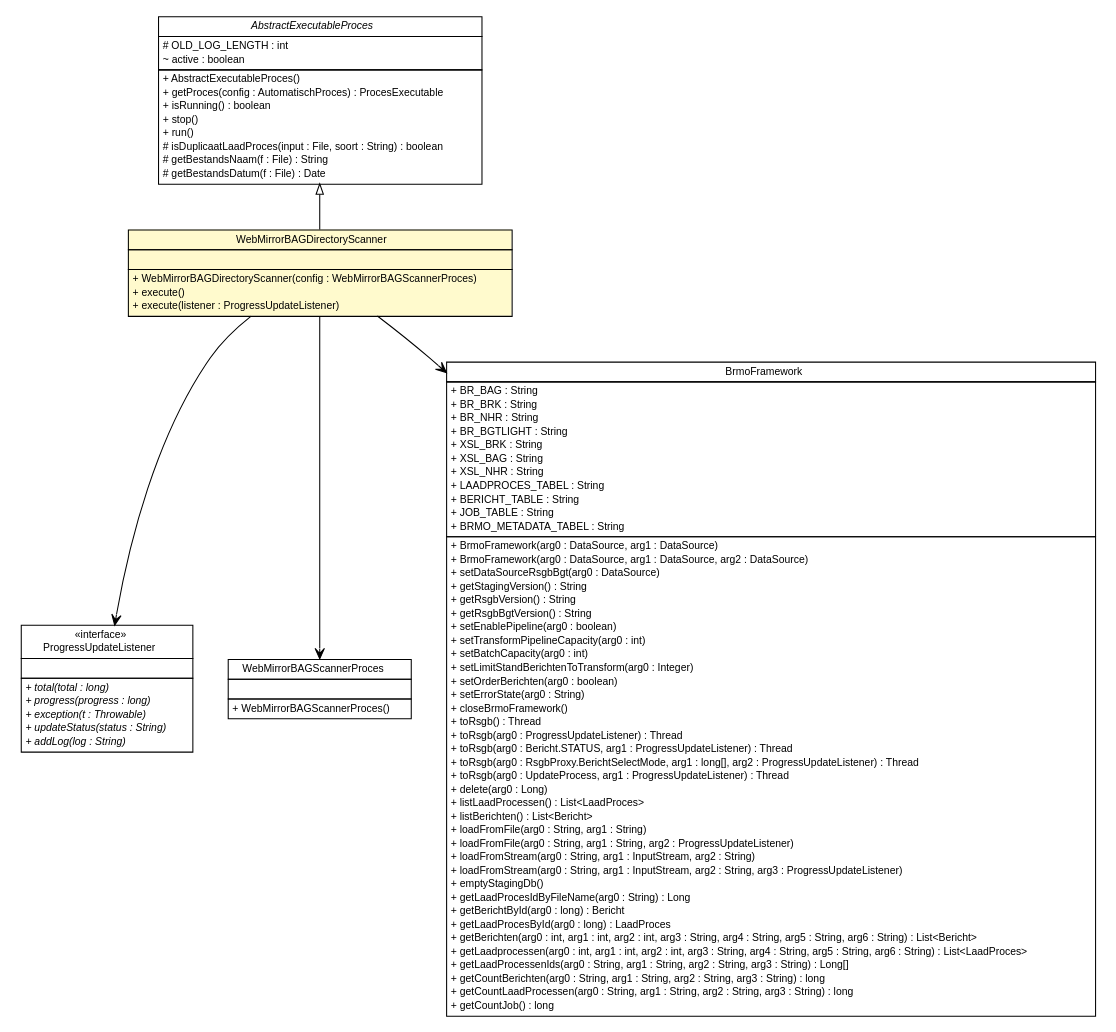
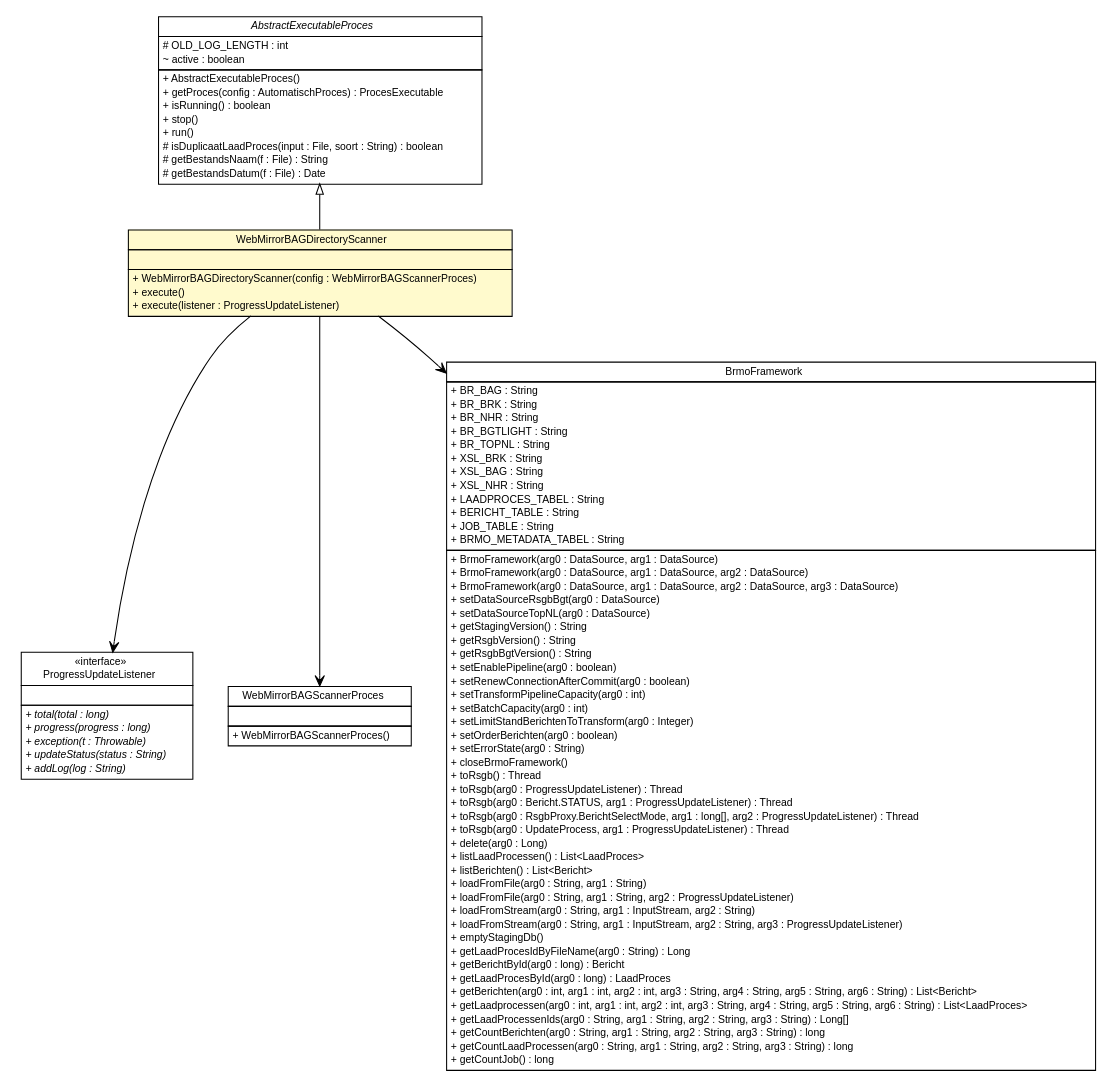
One commit to B3Partners/brmo changed the diagram in brmo-service/apidocs/nl/b3p/brmo/service/scanner/WebMirrorBAGDirectoryScanner.dot. Above: the diagram before and after it, drawn with Graphviz. The commit also changed 296 other files, not shown here.

```diff
--- a/brmo-service/apidocs/nl/b3p/brmo/service/scanner/WebMirrorBAGDirectoryScanner.dot
+++ b/brmo-service/apidocs/nl/b3p/brmo/service/scanner/WebMirrorBAGDirectoryScanner.dot
@@ -1,139 +1,143 @@
 #!/usr/local/bin/dot
 #
 # Class diagram 
 # Generated by UMLGraph version R5_6-24-gf6e263 (http://www.umlgraph.org/)
 #
 
 digraph G {
 	edge [fontname="Helvetica",fontsize=10,labelfontname="Helvetica",labelfontsize=10];
 	node [fontname="Helvetica",fontsize=10,shape=plaintext];
 	nodesep=0.25;
 	ranksep=0.5;
 	// nl.b3p.brmo.service.scanner.AbstractExecutableProces
-	c2292 [label=<<table title="nl.b3p.brmo.service.scanner.AbstractExecutableProces" border="0" cellborder="1" cellspacing="0" cellpadding="2" port="p" href="./AbstractExecutableProces.html">
+	c2388 [label=<<table title="nl.b3p.brmo.service.scanner.AbstractExecutableProces" border="0" cellborder="1" cellspacing="0" cellpadding="2" port="p" href="./AbstractExecutableProces.html">
 		<tr><td><table border="0" cellspacing="0" cellpadding="1">
 <tr><td align="center" balign="center"><font face="Helvetica-Oblique"> AbstractExecutableProces </font></td></tr>
 		</table></td></tr>
 		<tr><td><table border="0" cellspacing="0" cellpadding="1">
 <tr><td align="left" balign="left"> # OLD_LOG_LENGTH : int </td></tr>
 <tr><td align="left" balign="left"> ~ active : boolean </td></tr>
 		</table></td></tr>
 		<tr><td><table border="0" cellspacing="0" cellpadding="1">
 <tr><td align="left" balign="left"> + AbstractExecutableProces() </td></tr>
 <tr><td align="left" balign="left"> + getProces(config : AutomatischProces) : ProcesExecutable </td></tr>
 <tr><td align="left" balign="left"> + isRunning() : boolean </td></tr>
 <tr><td align="left" balign="left"> + stop() </td></tr>
 <tr><td align="left" balign="left"> + run() </td></tr>
 <tr><td align="left" balign="left"> # isDuplicaatLaadProces(input : File, soort : String) : boolean </td></tr>
 <tr><td align="left" balign="left"> # getBestandsNaam(f : File) : String </td></tr>
 <tr><td align="left" balign="left"> # getBestandsDatum(f : File) : Date </td></tr>
 		</table></td></tr>
 		</table>>, URL="./AbstractExecutableProces.html", fontname="Helvetica", fontcolor="black", fontsize=10.0];
-	// nl.b3p.brmo.service.scanner.WebMirrorBAGDirectoryScanner
-	c2295 [label=<<table title="nl.b3p.brmo.service.scanner.WebMirrorBAGDirectoryScanner" border="0" cellborder="1" cellspacing="0" cellpadding="2" port="p" bgcolor="lemonChiffon" href="./WebMirrorBAGDirectoryScanner.html">
-		<tr><td><table border="0" cellspacing="0" cellpadding="1">
-<tr><td align="center" balign="center"> WebMirrorBAGDirectoryScanner </td></tr>
-		</table></td></tr>
-		<tr><td><table border="0" cellspacing="0" cellpadding="1">
-<tr><td align="left" balign="left">  </td></tr>
-		</table></td></tr>
-		<tr><td><table border="0" cellspacing="0" cellpadding="1">
-<tr><td align="left" balign="left"> + WebMirrorBAGDirectoryScanner(config : WebMirrorBAGScannerProces) </td></tr>
-<tr><td align="left" balign="left"> + execute() </td></tr>
-<tr><td align="left" balign="left"> + execute(listener : ProgressUpdateListener) </td></tr>
-		</table></td></tr>
-		</table>>, URL="./WebMirrorBAGDirectoryScanner.html", fontname="Helvetica", fontcolor="black", fontsize=10.0];
 	// nl.b3p.brmo.service.scanner.ProgressUpdateListener
-	c2297 [label=<<table title="nl.b3p.brmo.service.scanner.ProgressUpdateListener" border="0" cellborder="1" cellspacing="0" cellpadding="2" port="p" href="./ProgressUpdateListener.html">
+	c2390 [label=<<table title="nl.b3p.brmo.service.scanner.ProgressUpdateListener" border="0" cellborder="1" cellspacing="0" cellpadding="2" port="p" href="./ProgressUpdateListener.html">
 		<tr><td><table border="0" cellspacing="0" cellpadding="1">
 <tr><td align="center" balign="center"> &#171;interface&#187; </td></tr>
 <tr><td align="center" balign="center"> ProgressUpdateListener </td></tr>
 		</table></td></tr>
 		<tr><td><table border="0" cellspacing="0" cellpadding="1">
 <tr><td align="left" balign="left">  </td></tr>
 		</table></td></tr>
 		<tr><td><table border="0" cellspacing="0" cellpadding="1">
 <tr><td align="left" balign="left"><font face="Helvetica-Oblique" point-size="10.0"> + total(total : long) </font></td></tr>
 <tr><td align="left" balign="left"><font face="Helvetica-Oblique" point-size="10.0"> + progress(progress : long) </font></td></tr>
 <tr><td align="left" balign="left"><font face="Helvetica-Oblique" point-size="10.0"> + exception(t : Throwable) </font></td></tr>
 <tr><td align="left" balign="left"><font face="Helvetica-Oblique" point-size="10.0"> + updateStatus(status : String) </font></td></tr>
 <tr><td align="left" balign="left"><font face="Helvetica-Oblique" point-size="10.0"> + addLog(log : String) </font></td></tr>
 		</table></td></tr>
 		</table>>, URL="./ProgressUpdateListener.html", fontname="Helvetica", fontcolor="black", fontsize=10.0];
+	// nl.b3p.brmo.service.scanner.WebMirrorBAGDirectoryScanner
+	c2401 [label=<<table title="nl.b3p.brmo.service.scanner.WebMirrorBAGDirectoryScanner" border="0" cellborder="1" cellspacing="0" cellpadding="2" port="p" bgcolor="lemonChiffon" href="./WebMirrorBAGDirectoryScanner.html">
+		<tr><td><table border="0" cellspacing="0" cellpadding="1">
+<tr><td align="center" balign="center"> WebMirrorBAGDirectoryScanner </td></tr>
+		</table></td></tr>
+		<tr><td><table border="0" cellspacing="0" cellpadding="1">
+<tr><td align="left" balign="left">  </td></tr>
+		</table></td></tr>
+		<tr><td><table border="0" cellspacing="0" cellpadding="1">
+<tr><td align="left" balign="left"> + WebMirrorBAGDirectoryScanner(config : WebMirrorBAGScannerProces) </td></tr>
+<tr><td align="left" balign="left"> + execute() </td></tr>
+<tr><td align="left" balign="left"> + execute(listener : ProgressUpdateListener) </td></tr>
+		</table></td></tr>
+		</table>>, URL="./WebMirrorBAGDirectoryScanner.html", fontname="Helvetica", fontcolor="black", fontsize=10.0];
 	//nl.b3p.brmo.service.scanner.WebMirrorBAGDirectoryScanner extends nl.b3p.brmo.service.scanner.AbstractExecutableProces
-	c2292:p -> c2295:p [dir=back,arrowtail=empty];
+	c2388:p -> c2401:p [dir=back,arrowtail=empty];
 	// nl.b3p.brmo.service.scanner.WebMirrorBAGDirectoryScanner NAVASSOC nl.b3p.brmo.persistence.staging.WebMirrorBAGScannerProces
-	c2295:p -> c2307:p [taillabel="", label="", headlabel="", fontname="Helvetica", fontcolor="black", fontsize=10.0, color="black", arrowhead=open];
+	c2401:p -> c2404:p [taillabel="", label="", headlabel="", fontname="Helvetica", fontcolor="black", fontsize=10.0, color="black", arrowhead=open];
 	// nl.b3p.brmo.service.scanner.WebMirrorBAGDirectoryScanner NAVASSOC nl.b3p.brmo.service.scanner.ProgressUpdateListener
-	c2295:p -> c2297:p [taillabel="", label="", headlabel="", fontname="Helvetica", fontcolor="black", fontsize=10.0, color="black", arrowhead=open];
+	c2401:p -> c2390:p [taillabel="", label="", headlabel="", fontname="Helvetica", fontcolor="black", fontsize=10.0, color="black", arrowhead=open];
 	// nl.b3p.brmo.service.scanner.WebMirrorBAGDirectoryScanner NAVASSOC nl.b3p.brmo.loader.BrmoFramework
-	c2295:p -> c2308:p [taillabel="", label="", headlabel="", fontname="Helvetica", fontcolor="black", fontsize=10.0, color="black", arrowhead=open];
+	c2401:p -> c2405:p [taillabel="", label="", headlabel="", fontname="Helvetica", fontcolor="black", fontsize=10.0, color="black", arrowhead=open];
 	// nl.b3p.brmo.persistence.staging.WebMirrorBAGScannerProces
-	c2307 [label=<<table title="nl.b3p.brmo.persistence.staging.WebMirrorBAGScannerProces" border="0" cellborder="1" cellspacing="0" cellpadding="2" port="p">
+	c2404 [label=<<table title="nl.b3p.brmo.persistence.staging.WebMirrorBAGScannerProces" border="0" cellborder="1" cellspacing="0" cellpadding="2" port="p">
 		<tr><td><table border="0" cellspacing="0" cellpadding="1">
 <tr><td align="center" balign="center"> WebMirrorBAGScannerProces </td></tr>
 		</table></td></tr>
 		<tr><td><table border="0" cellspacing="0" cellpadding="1">
 <tr><td align="left" balign="left">  </td></tr>
 		</table></td></tr>
 		<tr><td><table border="0" cellspacing="0" cellpadding="1">
 <tr><td align="left" balign="left"> + WebMirrorBAGScannerProces() </td></tr>
 		</table></td></tr>
 		</table>>, URL="null", fontname="Helvetica", fontcolor="black", fontsize=10.0];
 	// nl.b3p.brmo.loader.BrmoFramework
-	c2308 [label=<<table title="nl.b3p.brmo.loader.BrmoFramework" border="0" cellborder="1" cellspacing="0" cellpadding="2" port="p">
+	c2405 [label=<<table title="nl.b3p.brmo.loader.BrmoFramework" border="0" cellborder="1" cellspacing="0" cellpadding="2" port="p">
 		<tr><td><table border="0" cellspacing="0" cellpadding="1">
 <tr><td align="center" balign="center"> BrmoFramework </td></tr>
 		</table></td></tr>
 		<tr><td><table border="0" cellspacing="0" cellpadding="1">
 <tr><td align="left" balign="left"> + BR_BAG : String </td></tr>
 <tr><td align="left" balign="left"> + BR_BRK : String </td></tr>
 <tr><td align="left" balign="left"> + BR_NHR : String </td></tr>
 <tr><td align="left" balign="left"> + BR_BGTLIGHT : String </td></tr>
+<tr><td align="left" balign="left"> + BR_TOPNL : String </td></tr>
 <tr><td align="left" balign="left"> + XSL_BRK : String </td></tr>
 <tr><td align="left" balign="left"> + XSL_BAG : String </td></tr>
 <tr><td align="left" balign="left"> + XSL_NHR : String </td></tr>
 <tr><td align="left" balign="left"> + LAADPROCES_TABEL : String </td></tr>
 <tr><td align="left" balign="left"> + BERICHT_TABLE : String </td></tr>
 <tr><td align="left" balign="left"> + JOB_TABLE : String </td></tr>
 <tr><td align="left" balign="left"> + BRMO_METADATA_TABEL : String </td></tr>
 		</table></td></tr>
 		<tr><td><table border="0" cellspacing="0" cellpadding="1">
 <tr><td align="left" balign="left"> + BrmoFramework(arg0 : DataSource, arg1 : DataSource) </td></tr>
 <tr><td align="left" balign="left"> + BrmoFramework(arg0 : DataSource, arg1 : DataSource, arg2 : DataSource) </td></tr>
+<tr><td align="left" balign="left"> + BrmoFramework(arg0 : DataSource, arg1 : DataSource, arg2 : DataSource, arg3 : DataSource) </td></tr>
 <tr><td align="left" balign="left"> + setDataSourceRsgbBgt(arg0 : DataSource) </td></tr>
+<tr><td align="left" balign="left"> + setDataSourceTopNL(arg0 : DataSource) </td></tr>
 <tr><td align="left" balign="left"> + getStagingVersion() : String </td></tr>
 <tr><td align="left" balign="left"> + getRsgbVersion() : String </td></tr>
 <tr><td align="left" balign="left"> + getRsgbBgtVersion() : String </td></tr>
 <tr><td align="left" balign="left"> + setEnablePipeline(arg0 : boolean) </td></tr>
+<tr><td align="left" balign="left"> + setRenewConnectionAfterCommit(arg0 : boolean) </td></tr>
 <tr><td align="left" balign="left"> + setTransformPipelineCapacity(arg0 : int) </td></tr>
 <tr><td align="left" balign="left"> + setBatchCapacity(arg0 : int) </td></tr>
 <tr><td align="left" balign="left"> + setLimitStandBerichtenToTransform(arg0 : Integer) </td></tr>
 <tr><td align="left" balign="left"> + setOrderBerichten(arg0 : boolean) </td></tr>
 <tr><td align="left" balign="left"> + setErrorState(arg0 : String) </td></tr>
 <tr><td align="left" balign="left"> + closeBrmoFramework() </td></tr>
 <tr><td align="left" balign="left"> + toRsgb() : Thread </td></tr>
 <tr><td align="left" balign="left"> + toRsgb(arg0 : ProgressUpdateListener) : Thread </td></tr>
 <tr><td align="left" balign="left"> + toRsgb(arg0 : Bericht.STATUS, arg1 : ProgressUpdateListener) : Thread </td></tr>
 <tr><td align="left" balign="left"> + toRsgb(arg0 : RsgbProxy.BerichtSelectMode, arg1 : long[], arg2 : ProgressUpdateListener) : Thread </td></tr>
 <tr><td align="left" balign="left"> + toRsgb(arg0 : UpdateProcess, arg1 : ProgressUpdateListener) : Thread </td></tr>
 <tr><td align="left" balign="left"> + delete(arg0 : Long) </td></tr>
 <tr><td align="left" balign="left"> + listLaadProcessen() : List&lt;LaadProces&gt; </td></tr>
 <tr><td align="left" balign="left"> + listBerichten() : List&lt;Bericht&gt; </td></tr>
 <tr><td align="left" balign="left"> + loadFromFile(arg0 : String, arg1 : String) </td></tr>
 <tr><td align="left" balign="left"> + loadFromFile(arg0 : String, arg1 : String, arg2 : ProgressUpdateListener) </td></tr>
 <tr><td align="left" balign="left"> + loadFromStream(arg0 : String, arg1 : InputStream, arg2 : String) </td></tr>
 <tr><td align="left" balign="left"> + loadFromStream(arg0 : String, arg1 : InputStream, arg2 : String, arg3 : ProgressUpdateListener) </td></tr>
 <tr><td align="left" balign="left"> + emptyStagingDb() </td></tr>
 <tr><td align="left" balign="left"> + getLaadProcesIdByFileName(arg0 : String) : Long </td></tr>
 <tr><td align="left" balign="left"> + getBerichtById(arg0 : long) : Bericht </td></tr>
 <tr><td align="left" balign="left"> + getLaadProcesById(arg0 : long) : LaadProces </td></tr>
 <tr><td align="left" balign="left"> + getBerichten(arg0 : int, arg1 : int, arg2 : int, arg3 : String, arg4 : String, arg5 : String, arg6 : String) : List&lt;Bericht&gt; </td></tr>
 <tr><td align="left" balign="left"> + getLaadprocessen(arg0 : int, arg1 : int, arg2 : int, arg3 : String, arg4 : String, arg5 : String, arg6 : String) : List&lt;LaadProces&gt; </td></tr>
 <tr><td align="left" balign="left"> + getLaadProcessenIds(arg0 : String, arg1 : String, arg2 : String, arg3 : String) : Long[] </td></tr>
 <tr><td align="left" balign="left"> + getCountBerichten(arg0 : String, arg1 : String, arg2 : String, arg3 : String) : long </td></tr>
 <tr><td align="left" balign="left"> + getCountLaadProcessen(arg0 : String, arg1 : String, arg2 : String, arg3 : String) : long </td></tr>
 <tr><td align="left" balign="left"> + getCountJob() : long </td></tr>
 		</table></td></tr>
 		</table>>, URL="null", fontname="Helvetica", fontcolor="black", fontsize=10.0];
 }
```
